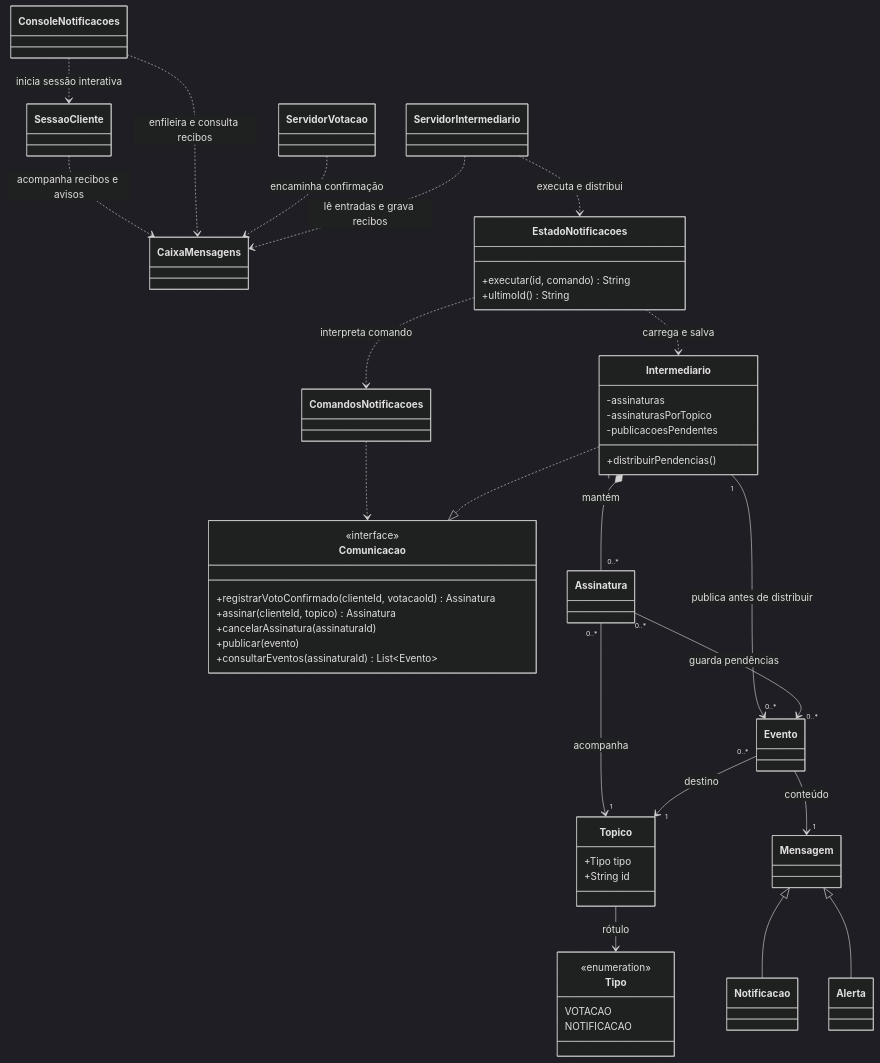
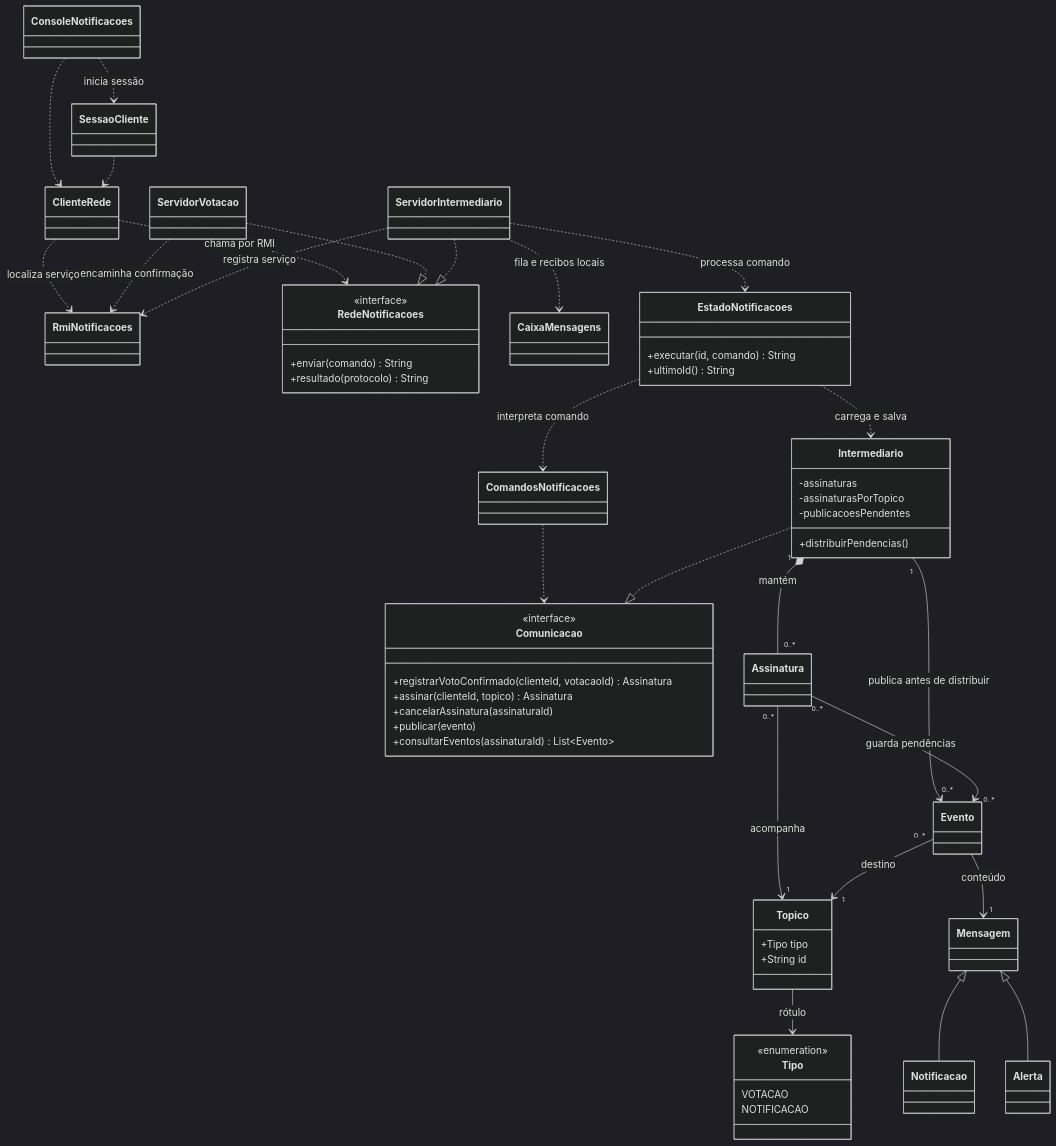
Before and after one commit to Heitor139/SD-Trabalho1: the diagram in servidor/diagrama-classes.md, drawn with Mermaid (dark theme). The commit also changed 58 other files, not shown here.

````diff
--- a/servidor/diagrama-classes.md
+++ b/servidor/diagrama-classes.md
@@ -5,50 +5,60 @@
 ```mermaid
 classDiagram
     direction TB
-    ConsoleNotificacoes ..> SessaoCliente : inicia sessão interativa
-    SessaoCliente ..> CaixaMensagens : acompanha recibos e avisos
-    ConsoleNotificacoes ..> CaixaMensagens : enfileira e consulta recibos
-    ServidorVotacao ..> CaixaMensagens : encaminha confirmação
-    ServidorIntermediario ..> CaixaMensagens : lê entradas e grava recibos
+    ConsoleNotificacoes ..> SessaoCliente : inicia sessão
+    ConsoleNotificacoes ..> ClienteRede
+    SessaoCliente ..> ClienteRede
+    ClienteRede ..> RmiNotificacoes : localiza serviço
+    ClienteRede ..> RedeNotificacoes : chama por RMI
+    ServidorVotacao ..|> RedeNotificacoes
+    ServidorVotacao ..> RmiNotificacoes : encaminha confirmação
+    ServidorIntermediario ..|> RedeNotificacoes
+    ServidorIntermediario ..> RmiNotificacoes : registra serviço
+    ServidorIntermediario ..> CaixaMensagens : fila e recibos locais
+    ServidorIntermediario ..> EstadoNotificacoes : processa comando
     EstadoNotificacoes ..> ComandosNotificacoes : interpreta comando
-    ServidorIntermediario ..> EstadoNotificacoes : executa e distribui
     ComandosNotificacoes ..> Comunicacao
     EstadoNotificacoes ..> Intermediario : carrega e salva
     Intermediario ..|> Comunicacao
     Intermediario "1" *-- "0..*" Assinatura : mantém
     Intermediario "1" --> "0..*" Evento : publica antes de distribuir
     Assinatura "0..*" --> "1" Topico : acompanha
     Assinatura "0..*" --> "0..*" Evento : guarda pendências
     Evento "0..*" --> "1" Topico : destino
     Evento --> "1" Mensagem : conteúdo
     Topico --> Tipo : rótulo
     Mensagem <|-- Notificacao
     Mensagem <|-- Alerta
+    class RedeNotificacoes {
+        <<interface>>
+        +enviar(comando) String
+        +resultado(protocolo) String
+    }
     class Comunicacao {
         <<interface>>
         +registrarVotoConfirmado(clienteId, votacaoId) Assinatura
         +assinar(clienteId, topico) Assinatura
         +cancelarAssinatura(assinaturaId)
         +publicar(evento)
         +consultarEventos(assinaturaId) List~Evento~
     }
     class Intermediario {
         -assinaturas
         -assinaturasPorTopico
         -publicacoesPendentes
         +distribuirPendencias()
     }
     class EstadoNotificacoes {
         +executar(id, comando) String
         +ultimoId() String
     }
     class Topico {
         +Tipo tipo
         +String id
     }
     class Tipo {
         <<enumeration>>
         VOTACAO
         NOTIFICACAO
     }
 ```
````
